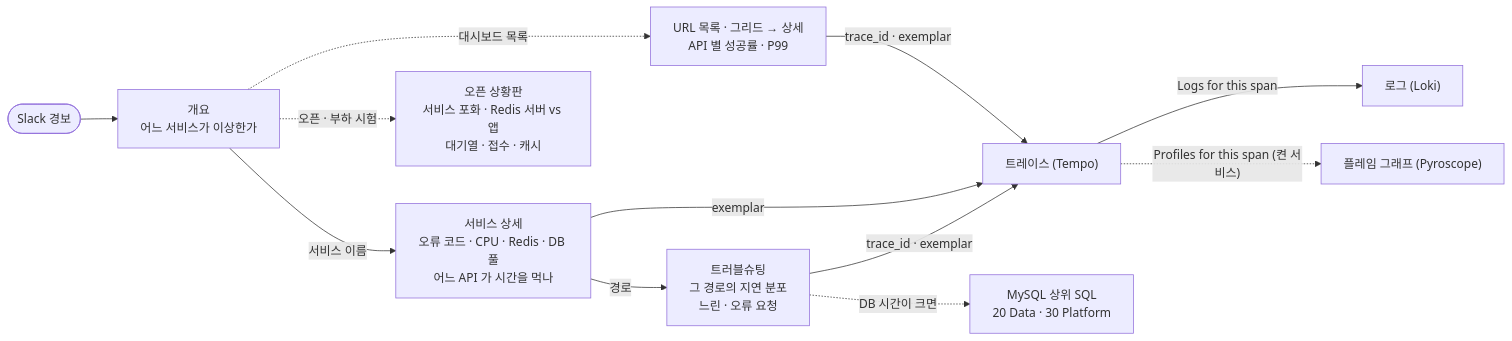
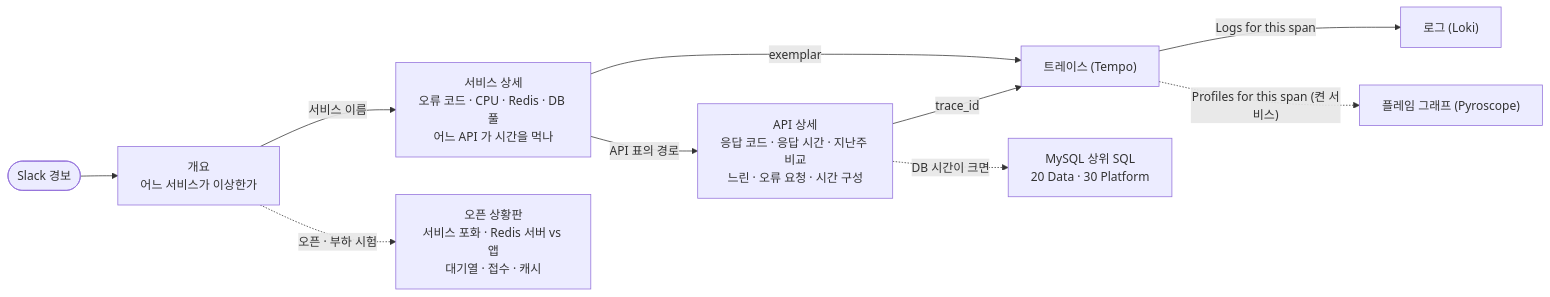
The third of 4 diagrams in terraform/aws/monitoring/lgtm/nova_apnortheast2/config/README.md (Grandis-2/nova-infra), drawn with Mermaid before and after one commit. The commit also changed other lines of this file and 12 other files, not shown here.

Commit message:
feat(lgtm): 트러블슈팅 · URL 목록 · 그리드 · 상세를 API 상세 하나로 합친다 (NV-775)

````diff
--- a/terraform/aws/monitoring/lgtm/nova_apnortheast2/config/README.md
+++ b/terraform/aws/monitoring/lgtm/nova_apnortheast2/config/README.md
@@ -155,14 +155,12 @@
 ```mermaid
 flowchart LR
   alert(["Slack 경보"]) --> ov["개요<br/>어느 서비스가 이상한가"]
   ov -- "서비스 이름" --> svc["서비스 상세<br/>오류 코드 · CPU · Redis · DB 풀<br/>어느 API 가 시간을 먹나"]
   ov -. "오픈 · 부하 시험" .-> open["오픈 상황판<br/>서비스 포화 · Redis 서버 vs 앱<br/>대기열 · 접수 · 캐시"]
-  svc -- "경로" --> ts["트러블슈팅<br/>그 경로의 지연 분포<br/>느린 · 오류 요청"]
-  ov -. "대시보드 목록" .-> url["URL 목록 · 그리드 → 상세<br/>API 별 성공률 · P99"]
-  url -- "trace_id · exemplar" --> trace
+  svc -- "API 표의 경로" --> api["API 상세<br/>응답 코드 · 응답 시간 · 지난주 비교<br/>느린 · 오류 요청 · 시간 구성"]
   svc -- "exemplar" --> trace["트레이스 (Tempo)"]
-  ts -- "trace_id · exemplar" --> trace
+  api -- "trace_id" --> trace
   trace -- "Logs for this span" --> log["로그 (Loki)"]
   trace -. "Profiles for this span (켠 서비스)" .-> prof["플레임 그래프 (Pyroscope)"]
-  ts -. "DB 시간이 크면" .-> data["MySQL 상위 SQL<br/>20 Data · 30 Platform"]
+  api -. "DB 시간이 크면" .-> data["MySQL 상위 SQL<br/>20 Data · 30 Platform"]
 ```
````
